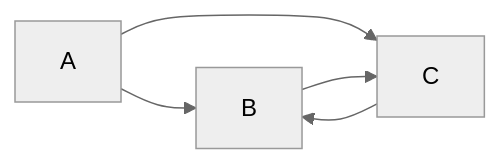
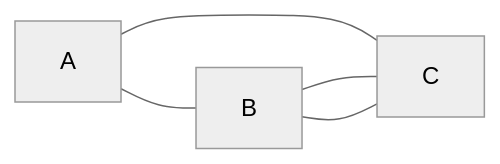
One commit to justfetz/iit-cs-583-probabilistic-graphical-models-notes changed the diagram in MarkovToBayesianNetworkExample.md. Above: the diagram before and after it, drawn with Mermaid (neutral theme).

````diff
--- a/MarkovToBayesianNetworkExample.md
+++ b/MarkovToBayesianNetworkExample.md
@@ -11,7 +11,7 @@
 ```mermaid
 graph LR
-    A --> B
-    A --> C
-    B --> C
-    C --> B
+    A --- B
+    A --- C
+    B --- C
+    C --- B
 ```
````
